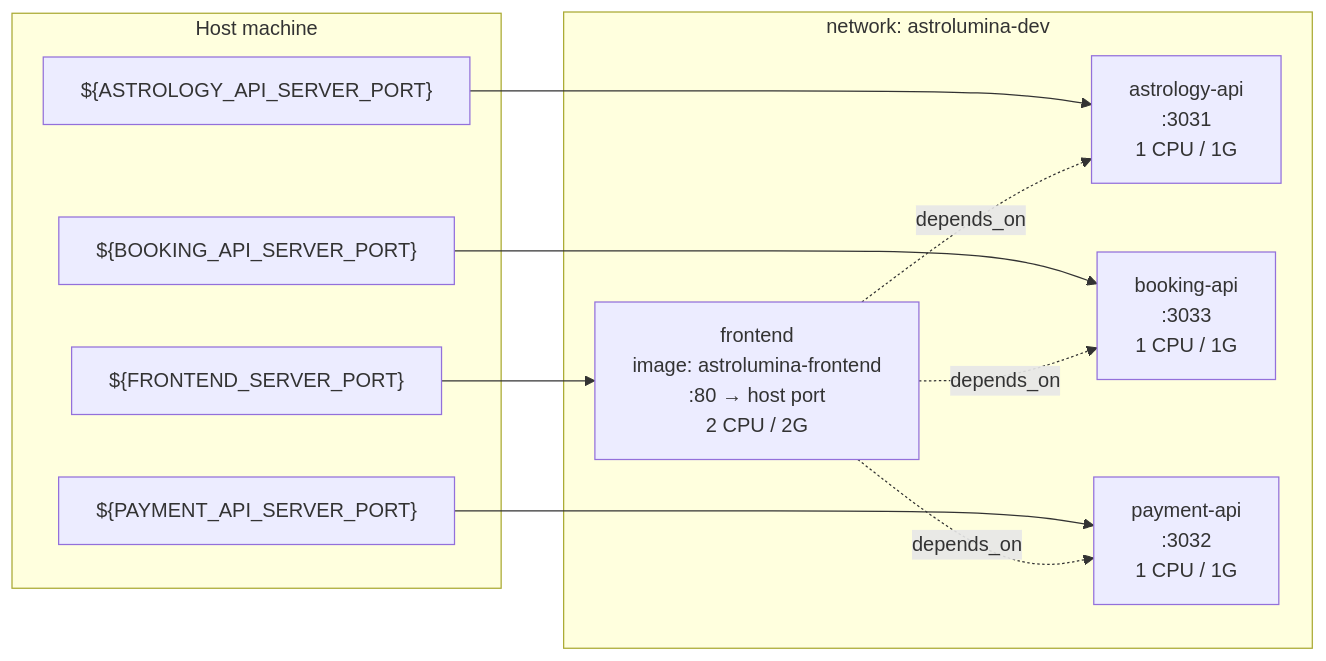
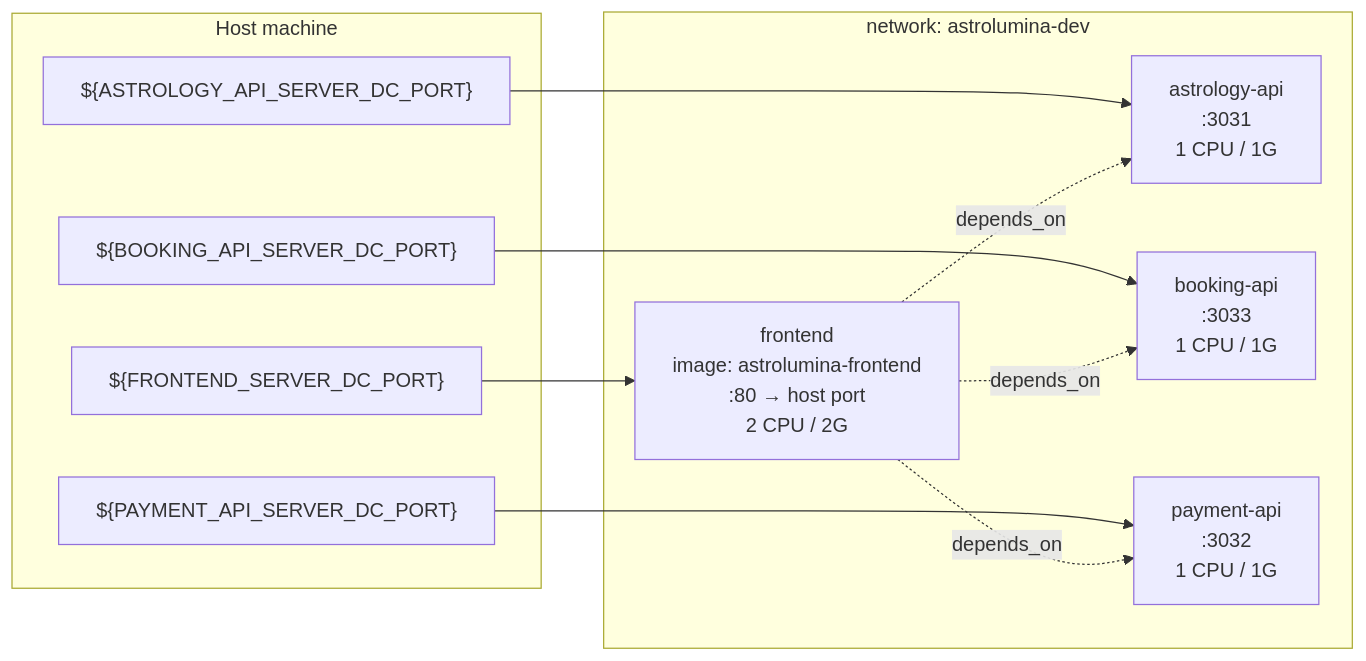
Before and after one commit to AstroLumina-by-Carmen-Ilie/AstroLumina-DockerCompose: the second of 8 diagrams in README.md, drawn with Mermaid. The commit also changed other lines of this file and 15 other files, not shown here.

````diff
--- a/README.md
+++ b/README.md
@@ -82,24 +82,24 @@
 ```mermaid
 flowchart LR
     subgraph HOST["Host machine"]
-        B1["${FRONTEND_SERVER_PORT}"]
-        B2["${ASTROLOGY_API_SERVER_PORT}"]
-        B3["${BOOKING_API_SERVER_PORT}"]
-        B4["${PAYMENT_API_SERVER_PORT}"]
+        B1["${FRONTEND_SERVER_DC_PORT}"]
+        B2["${ASTROLOGY_API_SERVER_DC_PORT}"]
+        B3["${BOOKING_API_SERVER_DC_PORT}"]
+        B4["${PAYMENT_API_SERVER_DC_PORT}"]
     end
 
     subgraph NET["network: astrolumina-dev"]
         FE["frontend<br/>image: astrolumina-frontend<br/>:80 → host port<br/>2 CPU / 2G"]
         AA["astrology-api<br/>:3031<br/>1 CPU / 1G"]
         BA["booking-api<br/>:3033<br/>1 CPU / 1G"]
         PA["payment-api<br/>:3032<br/>1 CPU / 1G"]
     end
 
     B1 --> FE
     B2 --> AA
     B3 --> BA
     B4 --> PA
     FE -.->|"depends_on"| AA
     FE -.->|"depends_on"| BA
     FE -.->|"depends_on"| PA
 ```
````
